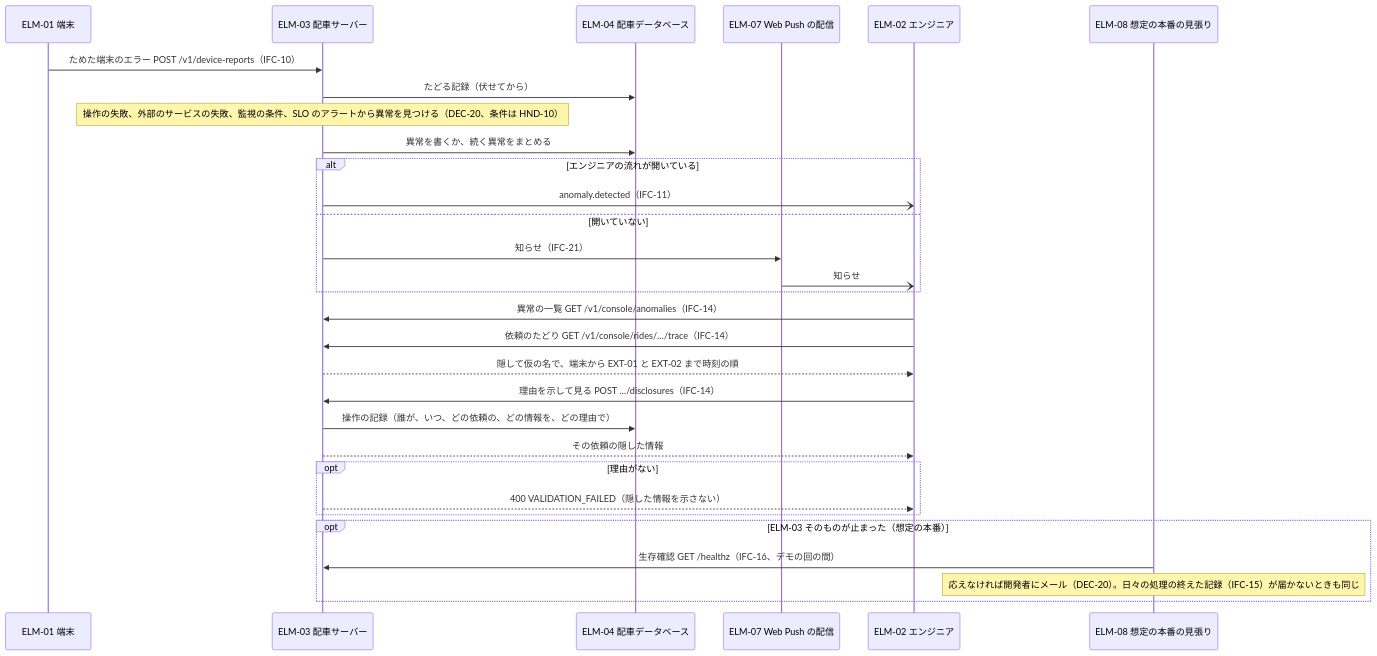
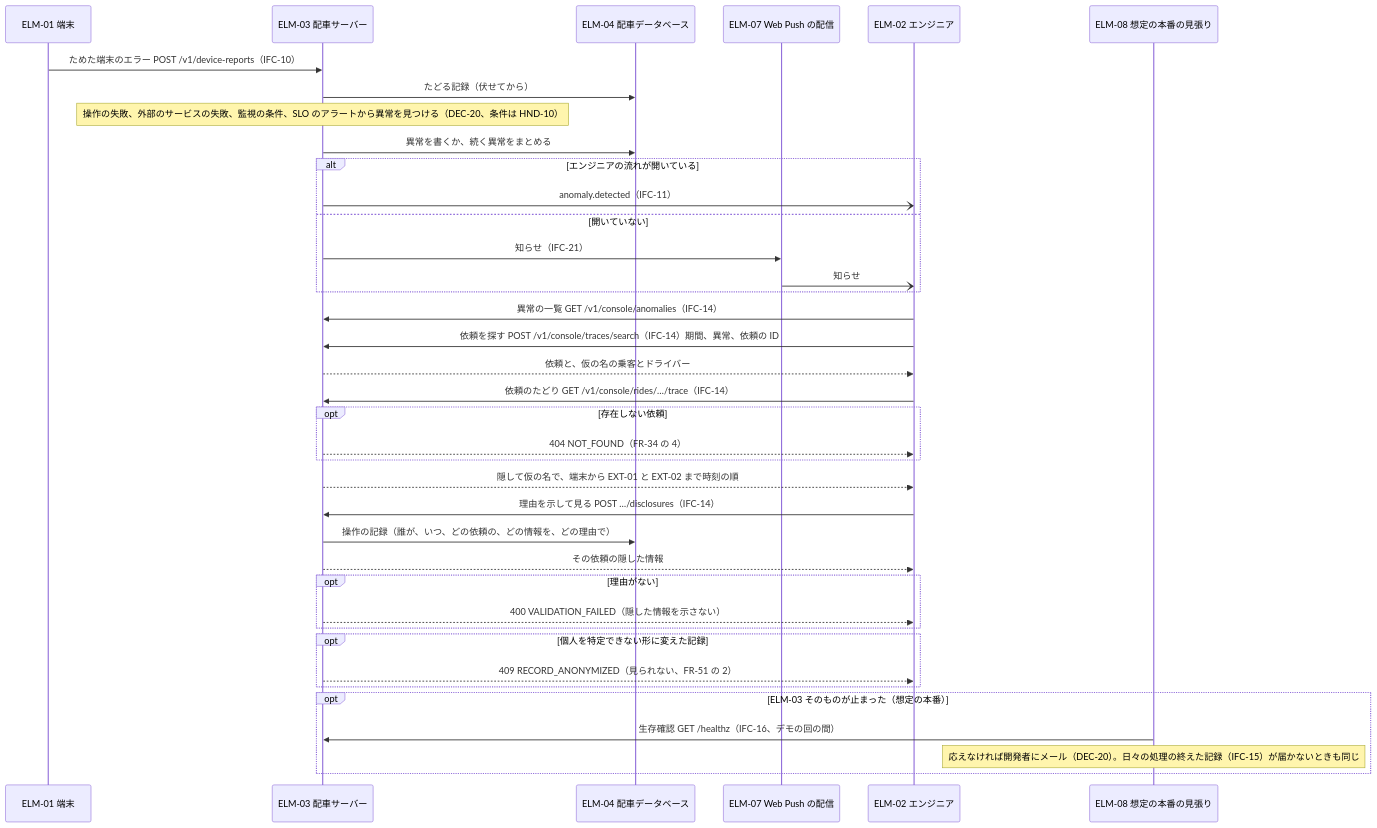
One commit to Taro000/ride-hailing-app-demo changed diagram 14 of 57 in docs/design/3-high-level-design.md. Above: the diagram before and after it, drawn with Mermaid. The commit also changed other lines of this file and 51 other files, not shown here.

````diff
--- a/docs/design/3-high-level-design.md
+++ b/docs/design/3-high-level-design.md
@@ -554,32 +622,40 @@
 ```mermaid
 sequenceDiagram
   participant D as ELM-01 端末
   participant S as ELM-03 配車サーバー
   participant DB as ELM-04 配車データベース
   participant WP as ELM-07 Web Push の配信
   participant E as ELM-02 エンジニア
   participant G as ELM-08 想定の本番の見張り
   D->>S: ためた端末のエラー POST /v1/device-reports（IFC-10）
   S->>DB: たどる記録（伏せてから）
   Note over S: 操作の失敗、外部のサービスの失敗、監視の条件、SLO のアラートから異常を見つける（DEC-20、条件は HND-10）
   S->>DB: 異常を書くか、続く異常をまとめる
   alt エンジニアの流れが開いている
     S-)E: anomaly.detected（IFC-11）
   else 開いていない
     S->>WP: 知らせ（IFC-21）
     WP-)E: 知らせ
   end
   E->>S: 異常の一覧 GET /v1/console/anomalies（IFC-14）
+  E->>S: 依頼を探す POST /v1/console/traces/search（IFC-14）期間、異常、依頼の ID
+  S-->>E: 依頼と、仮の名の乗客とドライバー
   E->>S: 依頼のたどり GET /v1/console/rides/…/trace（IFC-14）
+  opt 存在しない依頼
+    S-->>E: 404 NOT_FOUND（FR-34 の 4）
+  end
   S-->>E: 隠して仮の名で、端末から EXT-01 と EXT-02 まで時刻の順
   E->>S: 理由を示して見る POST …/disclosures（IFC-14）
   S->>DB: 操作の記録（誰が、いつ、どの依頼の、どの情報を、どの理由で）
   S-->>E: その依頼の隠した情報
   opt 理由がない
     S-->>E: 400 VALIDATION_FAILED（隠した情報を示さない）
   end
+  opt 個人を特定できない形に変えた記録
+    S-->>E: 409 RECORD_ANONYMIZED（見られない、FR-51 の 2）
+  end
   opt ELM-03 そのものが止まった（想定の本番）
     G->>S: 生存確認 GET /healthz（IFC-16、デモの回の間）
     Note over G: 応えなければ開発者にメール（DEC-20）。日々の処理の終えた記録（IFC-15）が届かないときも同じ
   end
 ```
````
